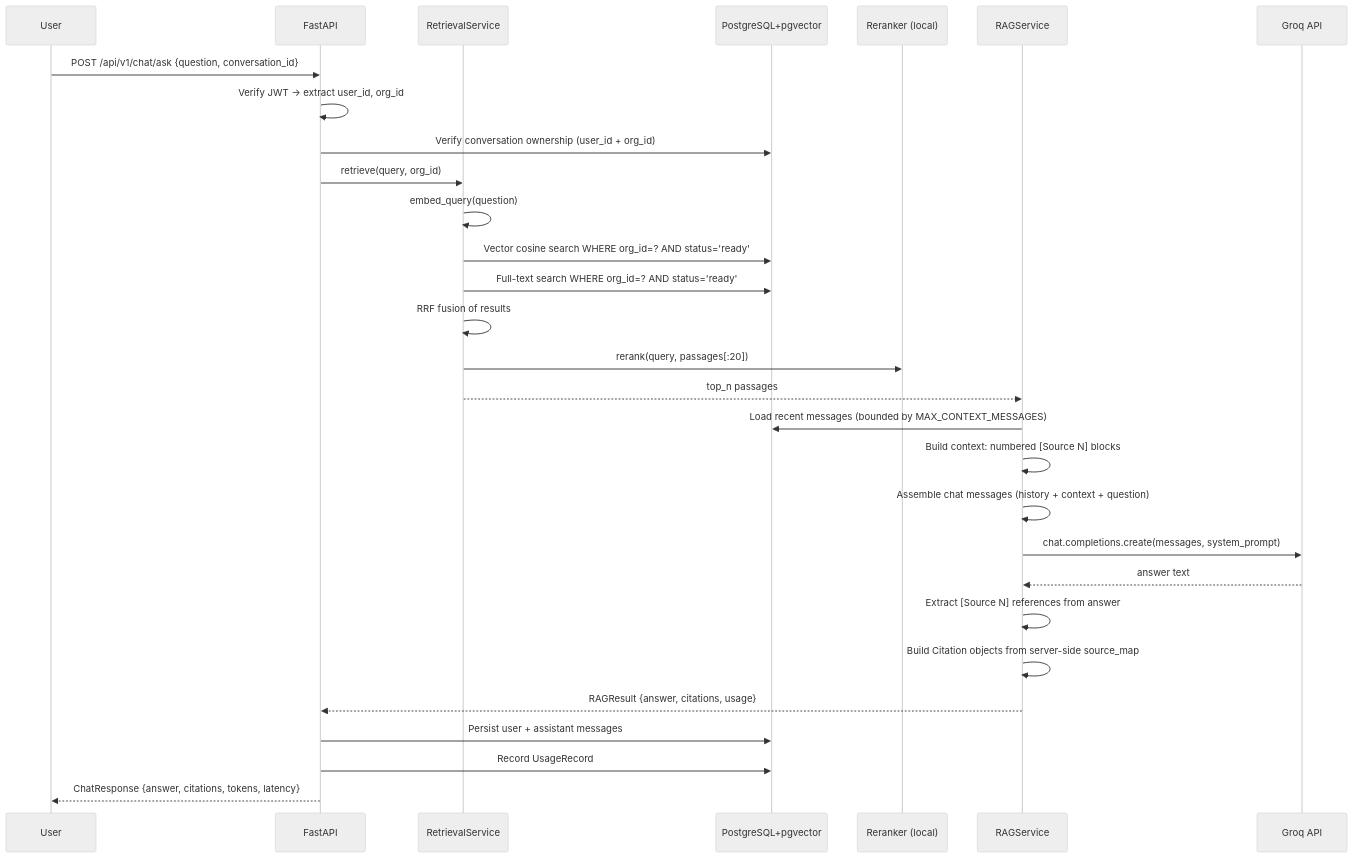
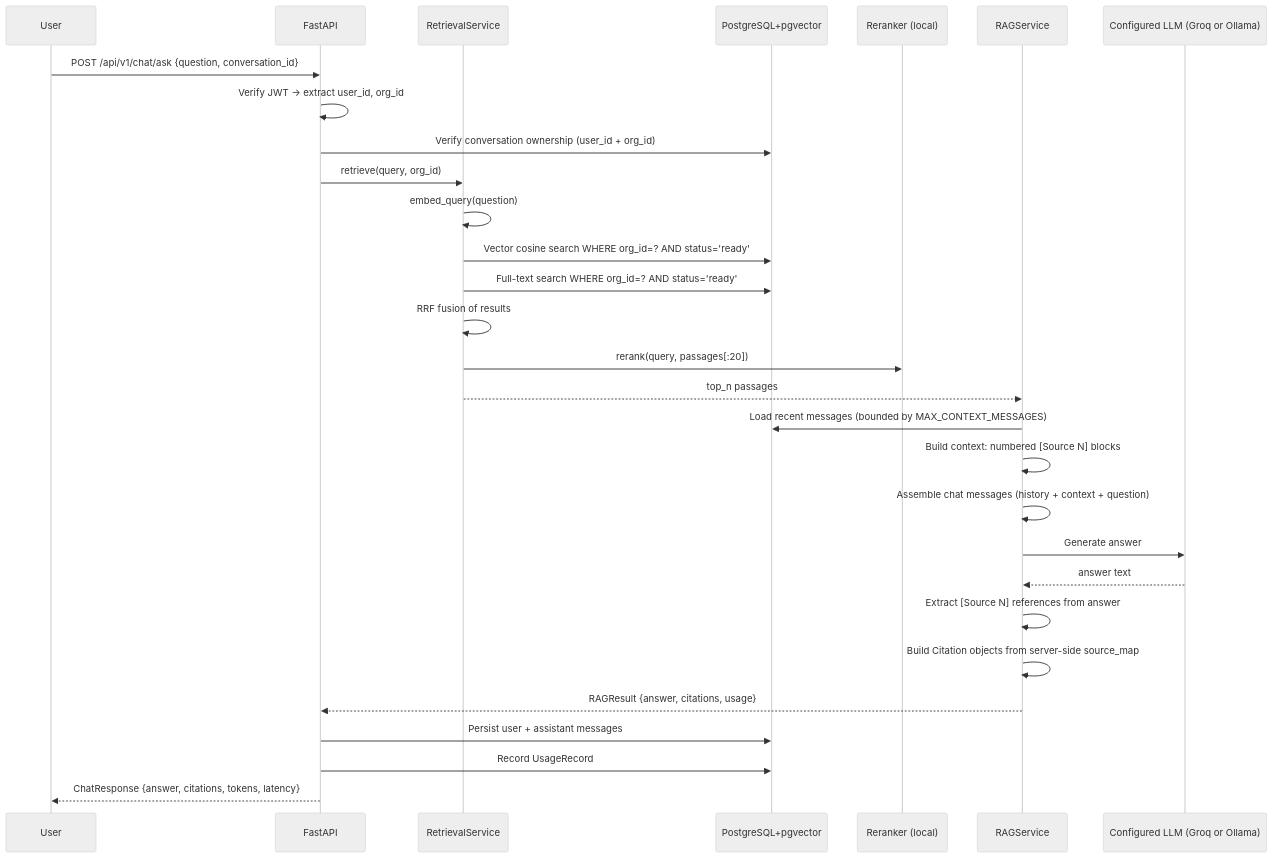
The diagram in docs/architecture/rag-pipeline.md (Abdulhaq6920/FIKRA-AI), drawn with Mermaid (neutral theme) before and after one commit. The commit also changed 41 other files, not shown here.

````diff
--- a/docs/architecture/rag-pipeline.md
+++ b/docs/architecture/rag-pipeline.md
@@ -16,35 +16,35 @@
 ```mermaid
 sequenceDiagram
     participant U as User
     participant API as FastAPI
     participant RS as RetrievalService
     participant PG as PostgreSQL+pgvector
     participant RR as Reranker (local)
     participant RAG as RAGService
-    participant Groq as Groq API
+    participant LLM as Configured LLM (Groq or Ollama)
 
     U->>API: POST /api/v1/chat/ask {question, conversation_id}
     API->>API: Verify JWT → extract user_id, org_id
     API->>PG: Verify conversation ownership (user_id + org_id)
     API->>RS: retrieve(query, org_id)
 
     RS->>RS: embed_query(question)
     RS->>PG: Vector cosine search WHERE org_id=? AND status='ready'
     RS->>PG: Full-text search WHERE org_id=? AND status='ready'
     RS->>RS: RRF fusion of results
     RS->>RR: rerank(query, passages[:20])
     RS-->>RAG: top_n passages
 
     RAG->>PG: Load recent messages (bounded by MAX_CONTEXT_MESSAGES)
     RAG->>RAG: Build context: numbered [Source N] blocks
     RAG->>RAG: Assemble chat messages (history + context + question)
-    RAG->>Groq: chat.completions.create(messages, system_prompt)
-    Groq-->>RAG: answer text
+    RAG->>LLM: Generate answer
+    LLM-->>RAG: answer text
     RAG->>RAG: Extract [Source N] references from answer
     RAG->>RAG: Build Citation objects from server-side source_map
     RAG-->>API: RAGResult {answer, citations, usage}
 
     API->>PG: Persist user + assistant messages
     API->>PG: Record UsageRecord
     API-->>U: ChatResponse {answer, citations, tokens, latency}
 ```
````
